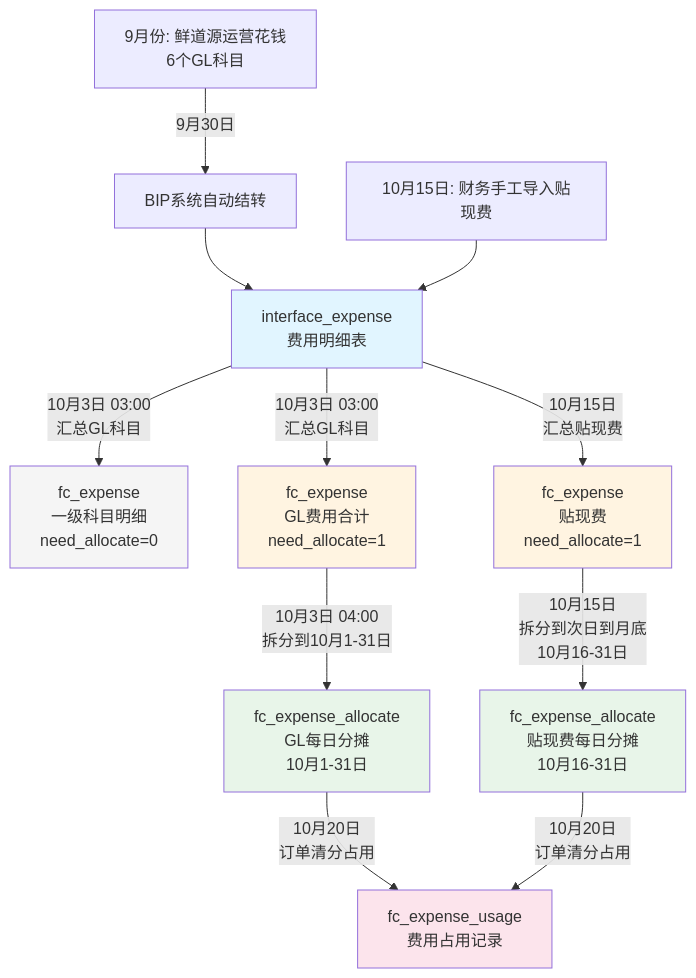
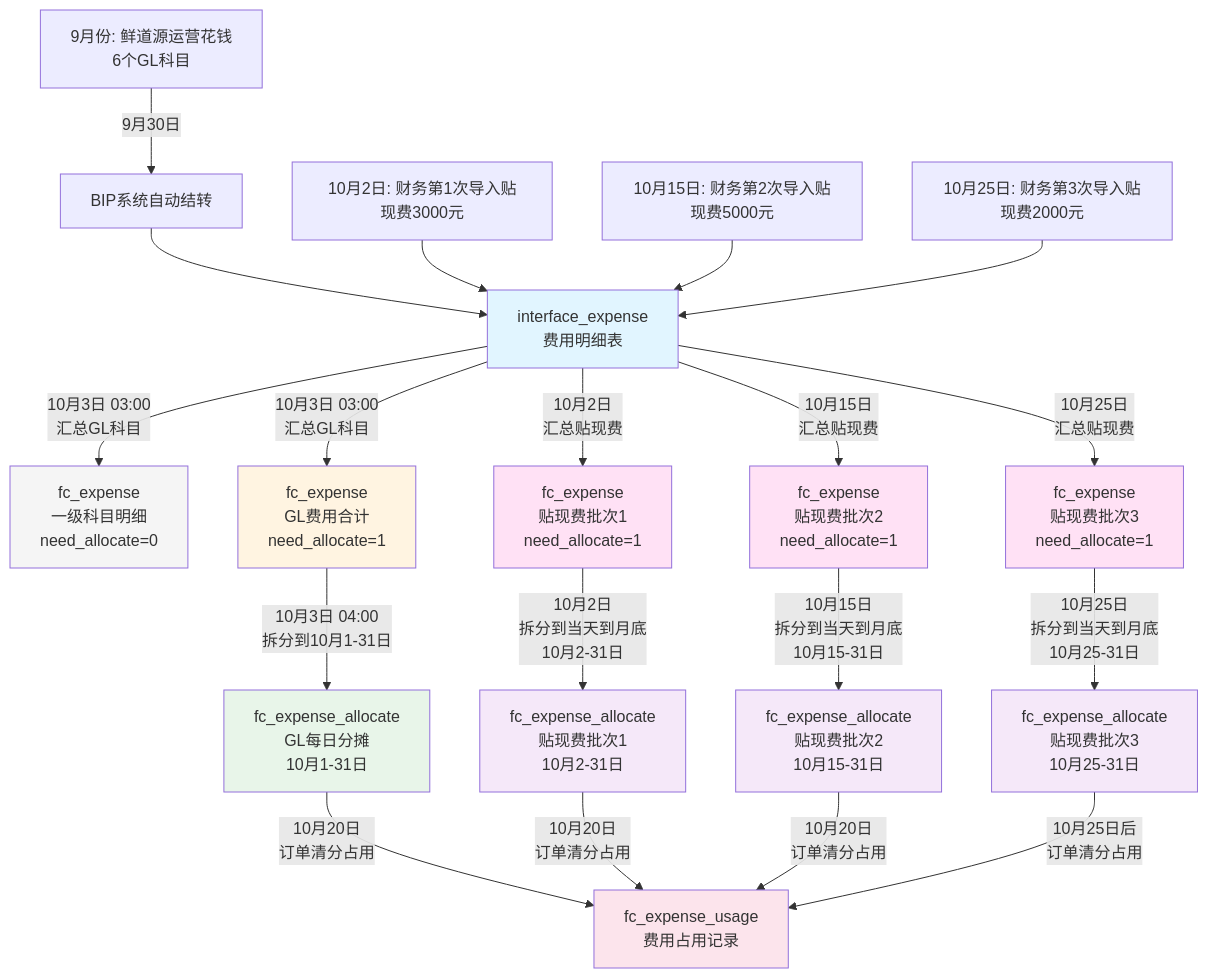
The second of 2 diagrams in README.md (garyma-ai01/clearing-system), drawn with Mermaid before and after one commit. The commit also changed other lines of this file, not shown here.

````diff
--- a/README.md
+++ b/README.md
@@ -291,25 +316,37 @@
 ```mermaid
 graph TD
     A[9月份: 鲜道源运营花钱<br/>6个GL科目] -->|9月30日| B[BIP系统自动结转]
     B --> D[interface_expense<br/>费用明细表]
     
-    C[10月15日: 财务手工导入贴现费] --> D
+    C1[10月2日: 财务第1次导入贴现费3000元] --> D
+    C2[10月15日: 财务第2次导入贴现费5000元] --> D
+    C3[10月25日: 财务第3次导入贴现费2000元] --> D
     
     D -->|10月3日 03:00<br/>汇总GL科目| E1[fc_expense<br/>一级科目明细<br/>need_allocate=0]
     D -->|10月3日 03:00<br/>汇总GL科目| E2[fc_expense<br/>GL费用合计<br/>need_allocate=1]
-    D -->|10月15日<br/>汇总贴现费| E3[fc_expense<br/>贴现费<br/>need_allocate=1]
+    D -->|10月2日<br/>汇总贴现费| E3[fc_expense<br/>贴现费批次1<br/>need_allocate=1]
+    D -->|10月15日<br/>汇总贴现费| E4[fc_expense<br/>贴现费批次2<br/>need_allocate=1]
+    D -->|10月25日<br/>汇总贴现费| E5[fc_expense<br/>贴现费批次3<br/>need_allocate=1]
     
     E2 -->|10月3日 04:00<br/>拆分到10月1-31日| F1[fc_expense_allocate<br/>GL每日分摊<br/>10月1-31日]
-    E3 -->|10月15日<br/>拆分到次日到月底<br/>10月16-31日| F2[fc_expense_allocate<br/>贴现费每日分摊<br/>10月16-31日]
+    E3 -->|10月2日<br/>拆分到当天到月底<br/>10月2-31日| F2[fc_expense_allocate<br/>贴现费批次1<br/>10月2-31日]
+    E4 -->|10月15日<br/>拆分到当天到月底<br/>10月15-31日| F3[fc_expense_allocate<br/>贴现费批次2<br/>10月15-31日]
+    E5 -->|10月25日<br/>拆分到当天到月底<br/>10月25-31日| F4[fc_expense_allocate<br/>贴现费批次3<br/>10月25-31日]
     
     F1 -->|10月20日<br/>订单清分占用| G[fc_expense_usage<br/>费用占用记录]
     F2 -->|10月20日<br/>订单清分占用| G
+    F3 -->|10月20日<br/>订单清分占用| G
+    F4 -->|10月25日后<br/>订单清分占用| G
     
     style D fill:#e1f5ff
     style E1 fill:#f5f5f5
     style E2 fill:#fff4e1
-    style E3 fill:#fff4e1
+    style E3 fill:#ffe1f5
+    style E4 fill:#ffe1f5
+    style E5 fill:#ffe1f5
     style F1 fill:#e8f5e9
-    style F2 fill:#e8f5e9
+    style F2 fill:#f5e8f9
+    style F3 fill:#f5e8f9
+    style F4 fill:#f5e8f9
     style G fill:#fce4ec
 ```
````
